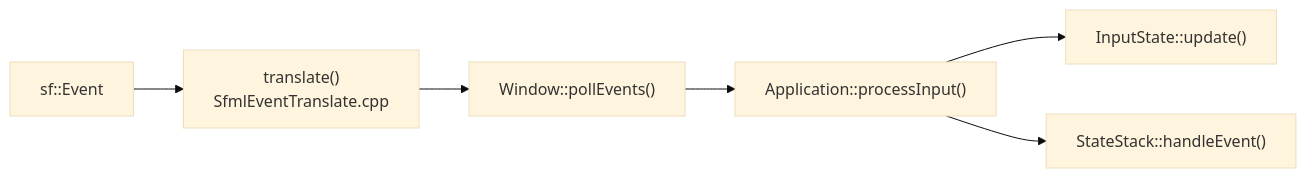
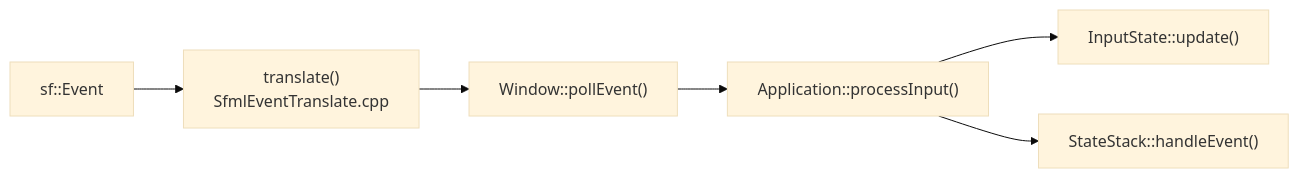
One commit to H-Matthews/Project-HCH changed the fourth of 8 diagrams in ARCHITECTURE.md. Above: the diagram before and after it, drawn with Mermaid (base theme). The commit also changed other lines of this file and 10 other files, not shown here.

````diff
--- a/ARCHITECTURE.md
+++ b/ARCHITECTURE.md
@@ -175,8 +175,8 @@
 ```mermaid
 flowchart LR
     SF["sf::Event"] --> TR["translate()<br/>SfmlEventTranslate.cpp"]
-    TR --> WIN["Window::pollEvents()"]
+    TR --> WIN["Window::pollEvent()"]
     WIN --> APP["Application::processInput()"]
     APP --> INP["InputState::update()"]
     APP --> STK["StateStack::handleEvent()"]
 ```
````
